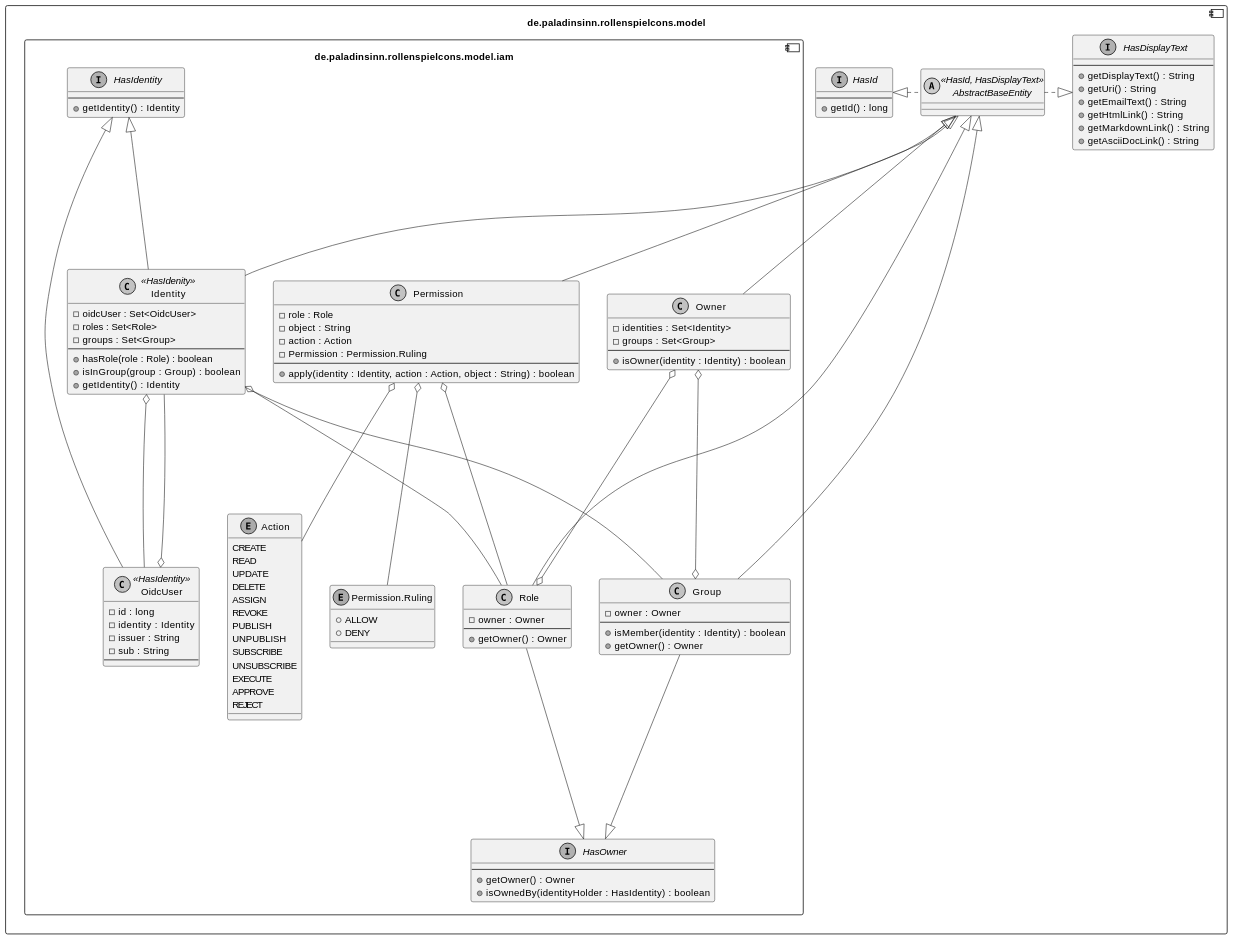
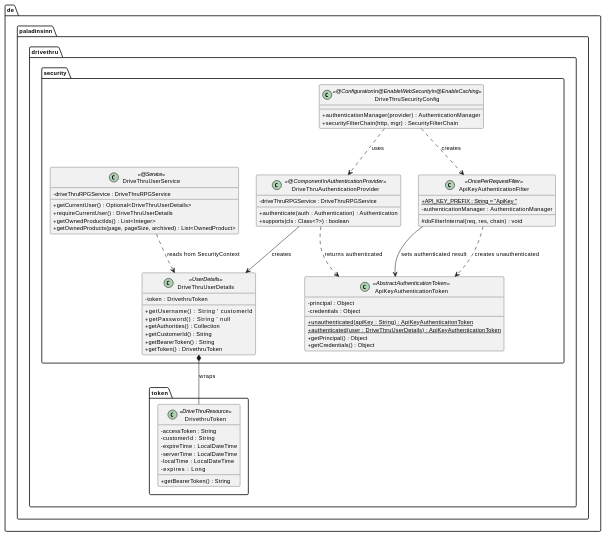
The second of 2 diagrams in docs/modules/arc42/pages/05_building_block_view/level_3_iam.adoc (Paladins-Inn/torg-codex), drawn with PlantUML before and after one commit. The commit also changed other lines of this file and 37 other files, not shown here.

Commit message:
chore: Add the new DriveThru client

```diff
--- a/docs/modules/arc42/pages/05_building_block_view/level_3_iam.adoc
+++ b/docs/modules/arc42/pages/05_building_block_view/level_3_iam.adoc
@@ -8,135 +59,76 @@
-[plantuml,level3-iam]
+[plantuml, drivethru-security-classes]
 ----
-@startuml level3-iam
-skinparam monochrome true
-skinparam ranksep 150
-skinparam dpi 150
-skinparam arrowThickness 0.7
-skinparam packageTitleAlignment left
-skinparam usecaseBorderThickness 0.4
-skinparam defaultFontSize 12
-skinparam rectangleBorderThickness 1
+@startuml drivethru-security-classes
+skinparam defaultFontSize 11
+skinparam classAttributeIconSize 0
 
-component "de.paladinsinn.rollenspielcons.model" as model {
-    interface HasId {
-      ----
-      +getId() : long
-    }
+package "de.paladinsinn.drivethru.security" {
 
-    interface HasDisplayText {
-        ----
-        +getDisplayText() : String
-        +getUri() : String
-        +getEmailText() : String
-        +getHtmlLink() : String
-        +getMarkdownLink() : String
-        +getAsciiDocLink() : String
-    }
+  class DriveThruSecurityConfig <<@Configuration\n@EnableWebSecurity\n@EnableCaching>> {
+    + authenticationManager(provider) : AuthenticationManager
+    + securityFilterChain(http, mgr)  : SecurityFilterChain
+  }
 
+  class ApiKeyAuthenticationFilter <<OncePerRequestFilter>> {
+    + {static} API_KEY_PREFIX : String = "ApiKey "
+    - authenticationManager : AuthenticationManager
+    # doFilterInternal(req, res, chain) : void
+  }
 
-    abstract class AbstractBaseEntity <<HasId, HasDisplayText>>
+  class ApiKeyAuthenticationToken <<AbstractAuthenticationToken>> {
+    - principal : Object
+    - credentials : Object
+    + {static} unauthenticated(apiKey : String) : ApiKeyAuthenticationToken
+    + {static} authenticated(user : DriveThruUserDetails) : ApiKeyAuthenticationToken
+    + getPrincipal() : Object
+    + getCredentials() : Object
+  }
 
-    AbstractBaseEntity .le.|> HasId
-    AbstractBaseEntity .ri.|> HasDisplayText
+  class DriveThruAuthenticationProvider <<@Component\nAuthenticationProvider>> {
+    - driveThruRPGService : DriveThruRPGService
+    + authenticate(auth : Authentication) : Authentication
+    + supports(cls : Class<?>) : boolean
+  }
 
-    component "de.paladinsinn.rollenspielcons.model.iam" as iam {
-        interface HasOwner {
-            ----
-            +getOwner() : Owner
-            +isOwnedBy(identityHolder : HasIdentity) : boolean
-        }
+  class DriveThruUserDetails <<UserDetails>> {
+    - token : DrivethruToken
+    + getUsername() : String        ' customerId
+    + getPassword() : String        ' null
+    + getAuthorities() : Collection
+    + getCustomerId() : String
+    + getBearerToken() : String
+    + getToken() : DrivethruToken
+  }
 
-        interface HasIdentity {
-            ----
-            +getIdentity() : Identity
-        }
+  class DriveThruUserService <<@Service>> {
+    - driveThruRPGService : DriveThruRPGService
+    + getCurrentUser() : Optional<DriveThruUserDetails>
+    + requireCurrentUser() : DriveThruUserDetails
+    + getOwnedProductIds() : List<Integer>
+    + getOwnedProducts(page, pageSize, archived) : List<OwnedProduct>
+  }
+}
 
-        class Owner {
-            -identities : Set<Identity>
-            -groups : Set<Group>
-            ----
-            +isOwner(identity : Identity) : boolean
-        }
-        Owner -up-|> AbstractBaseEntity
+package "de.paladinsinn.drivethru.token" {
+  class DrivethruToken <<DriveThruResource>> {
+    - accessToken : String
+    - customerId  : String
+    - expireTime  : LocalDateTime
+    - serverTime  : LocalDateTime
+    - localTime   : LocalDateTime
+    - expires     : Long
+    + getBearerToken() : String
+  }
+}
 
-        class Identity <<HasIdenity>> {
-            -oidcUser : Set<OidcUser>
-            -roles : Set<Role>
-            -groups : Set<Group>
-            ----
-            +hasRole(role : Role) : boolean
-            +isInGroup(group : Group) : boolean
-            +getIdentity() : Identity
-        }
-        Identity -up-|> AbstractBaseEntity
-        Identity -up-|> HasIdentity
-        Identity o-- OidcUser
-        Identity o-- Role
-        Identity --Group
+DriveThruSecurityConfig    ..>  ApiKeyAuthenticationFilter      : creates
+DriveThruSecurityConfig    ..>  DriveThruAuthenticationProvider : uses
+ApiKeyAuthenticationFilter ..>  ApiKeyAuthenticationToken       : creates unauthenticated
+ApiKeyAuthenticationFilter -->  ApiKeyAuthenticationToken       : sets authenticated result
+DriveThruAuthenticationProvider -->  DriveThruUserDetails       : creates
+DriveThruAuthenticationProvider ..>  ApiKeyAuthenticationToken  : returns authenticated
+DriveThruUserDetails        *--  DrivethruToken                 : wraps
+DriveThruUserService        ..>  DriveThruUserDetails           : reads from SecurityContext
 
-        class OidcUser <<HasIdentity>> {
-            -id : long
-            -identity : Identity
-            -issuer : String
-            -sub : String
-            ----
-        }
-        OidcUser -up-|> HasIdentity
-        OidcUser o-- Identity
-
-        class Group {
-            -owner : Owner
-            ----
-            +isMember(identity : Identity) : boolean
-            +getOwner() : Owner
-        }
-        Group -up-|> AbstractBaseEntity
-        Group o-up-o Owner
-        Group --|> HasOwner
-
-        class Role {
-            -owner : Owner
-            ----
-            +getOwner() : Owner
-        }
-        Role -up-|> AbstractBaseEntity
-        Role o-up-o Owner
-        Role --|> HasOwner
-
-        class Permission {
-            -role : Role
-            -object : String
-            -action : Action
-            -Permission : Permission.Ruling
-            ----
-            +apply(identity : Identity, action : Action, object : String) : boolean
-        }
-        Permission -up-|> AbstractBaseEntity
-        Permission o-- Role
-        Permission o-- Action
-        Permission o-- ruling
-
-        enum "Permission.Ruling" as ruling {
-            +ALLOW
-            +DENY
-        }
-
-        enum Action {
-            CREATE
-            READ
-            UPDATE
-            DELETE
-            ASSIGN
-            REVOKE
-            PUBLISH
-            UNPUBLISH
-            SUBSCRIBE
-            UNSUBSCRIBE
-            EXECUTE
-            APPROVE
-            REJECT
-        }
-    }
-}
 @enduml
 ----
```
